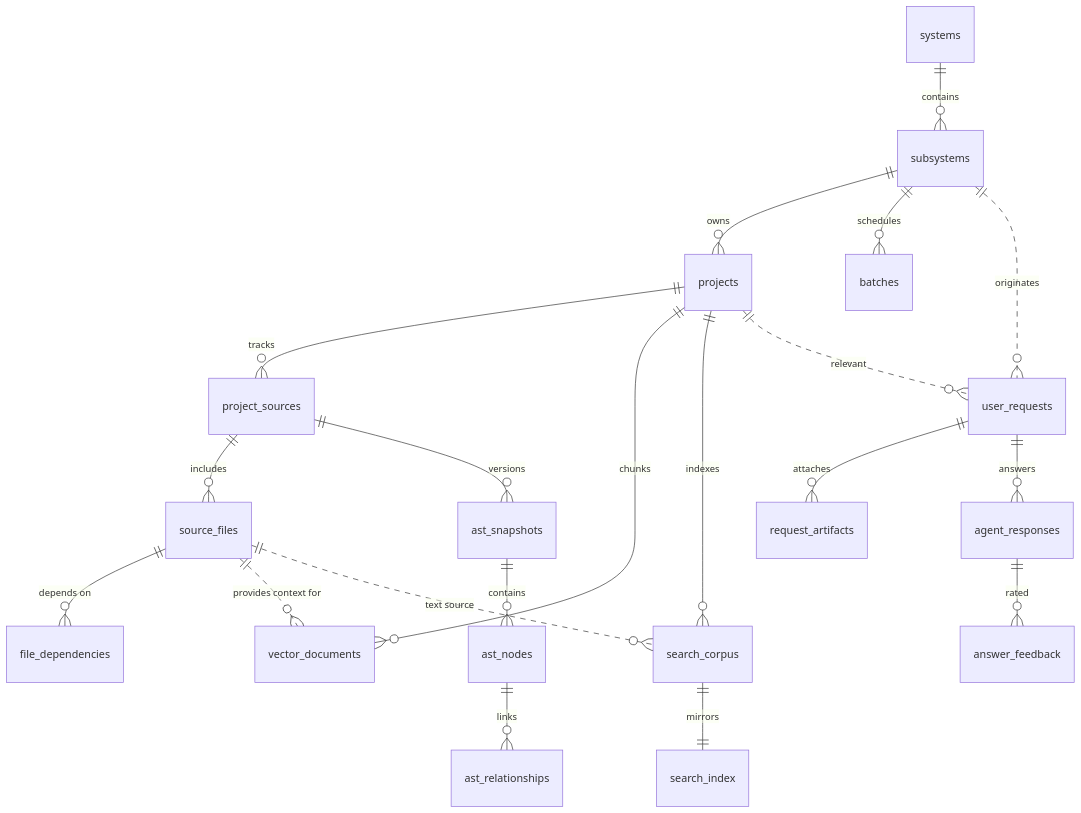
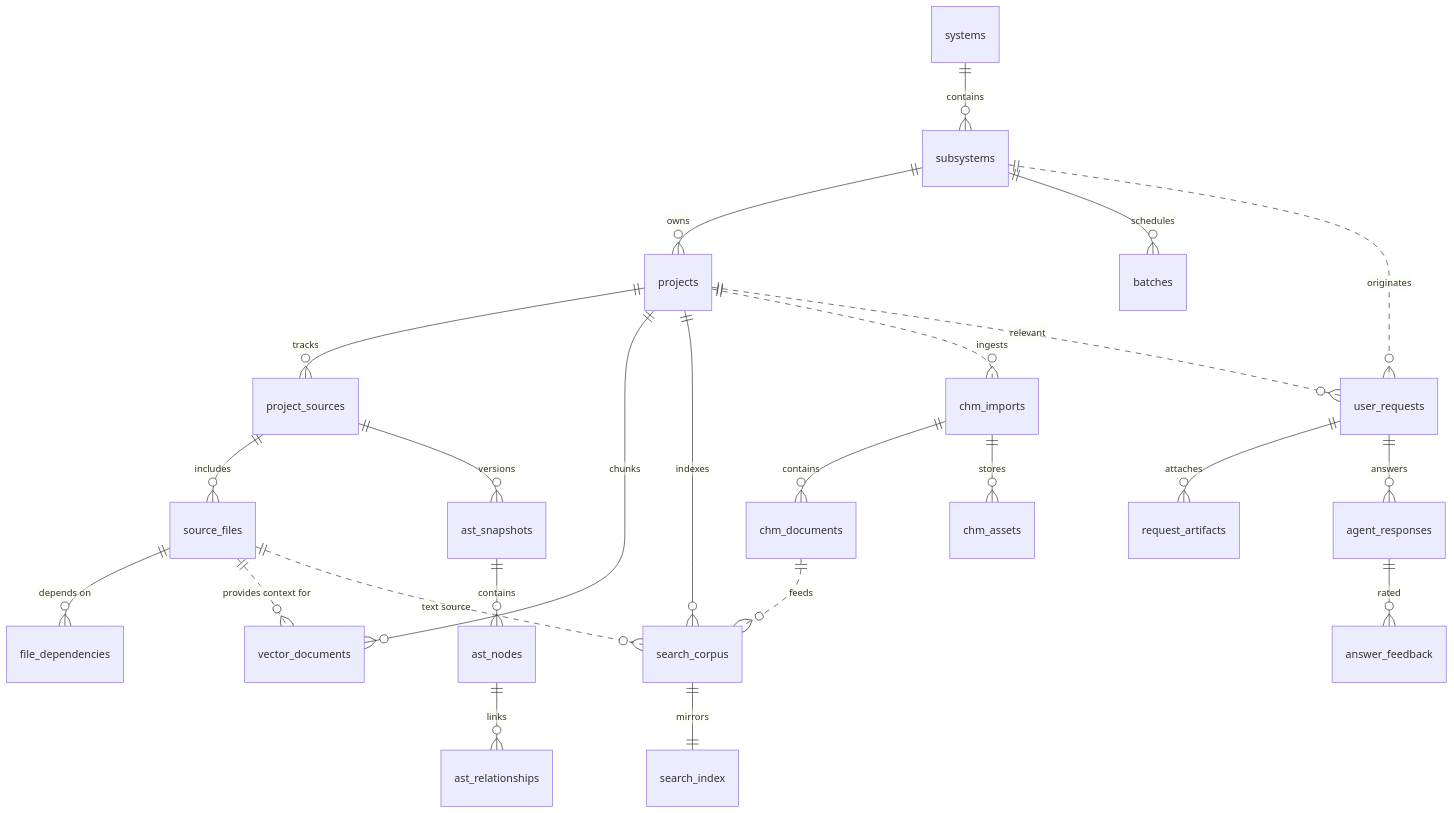
Before and after one commit to nmcong/pcm-desktop: the diagram in docs/RaD/system-analysis-erd.md, drawn with Mermaid. The commit also changed 1 other file, not shown here.

````diff
--- a/docs/RaD/system-analysis-erd.md
+++ b/docs/RaD/system-analysis-erd.md
@@ -5,22 +5,26 @@
 ```mermaid
 erDiagram
     systems ||--o{ subsystems : contains
     subsystems ||--o{ projects : owns
     subsystems ||--o{ batches : schedules
     projects ||--o{ project_sources : tracks
     project_sources ||--o{ source_files : includes
     source_files ||--o{ file_dependencies : "depends on"
     project_sources ||--o{ ast_snapshots : versions
     ast_snapshots ||--o{ ast_nodes : contains
     ast_nodes ||--o{ ast_relationships : links
     projects ||--o{ vector_documents : chunks
     source_files ||..o{ vector_documents : "provides context for"
     projects ||--o{ search_corpus : indexes
     source_files ||..o{ search_corpus : "text source"
     search_corpus ||--|| search_index : mirrors
+    chm_imports ||--o{ chm_documents : contains
+    chm_imports ||--o{ chm_assets : stores
+    projects ||..o{ chm_imports : ingests
+    chm_documents ||..o{ search_corpus : feeds
     subsystems ||..o{ user_requests : originates
     projects ||..o{ user_requests : relevant
     user_requests ||--o{ request_artifacts : attaches
     user_requests ||--o{ agent_responses : answers
     agent_responses ||--o{ answer_feedback : rated
 ```
````
